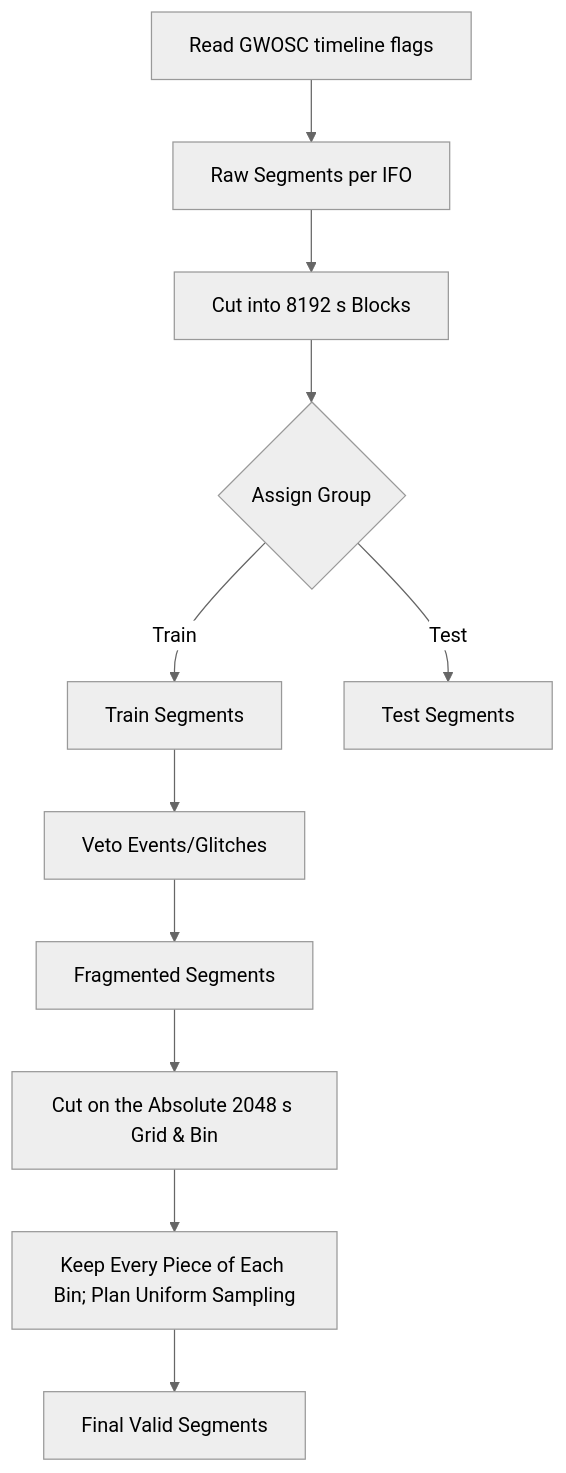
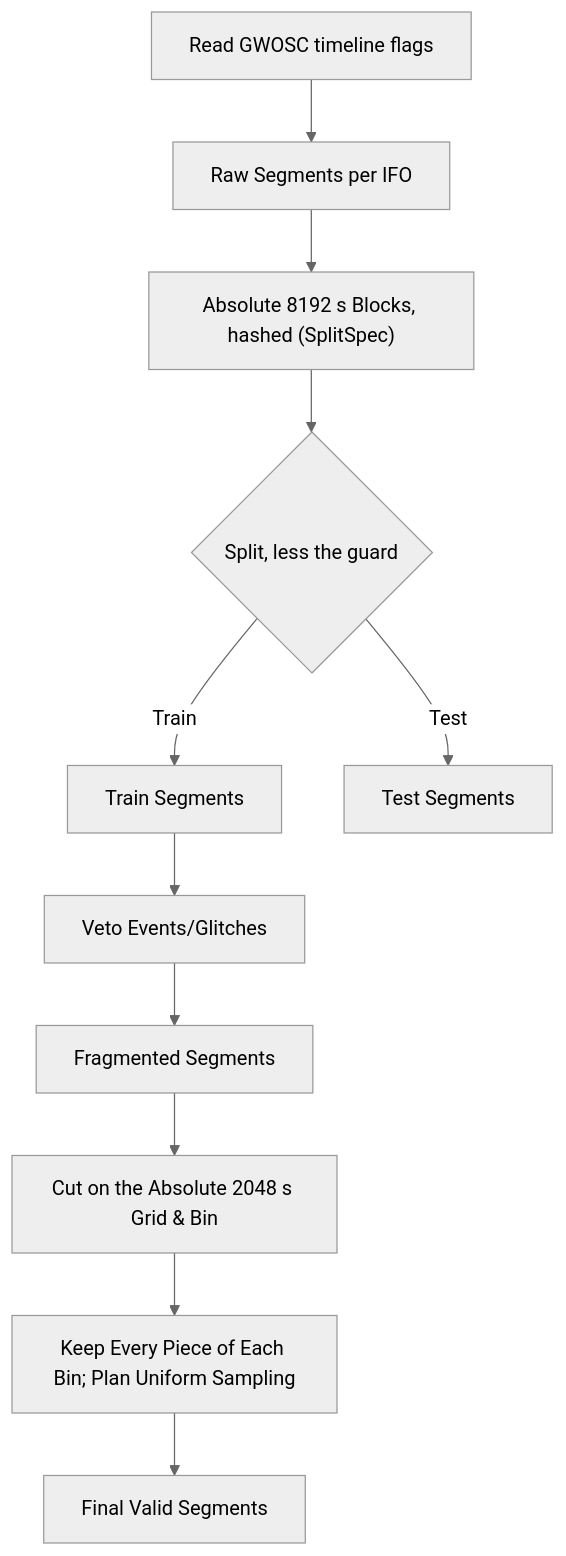
One commit to mrknorman/gravyflow changed the diagram in docs/acquisition.md. Above: the diagram before and after it, drawn with Mermaid (neutral theme). The commit also changed other lines of this file and 65 other files, not shown here.

First line of the commit message:
Split time by one absolute SplitSpec; keep detectors apart in random noise

````diff
--- a/docs/acquisition.md
+++ b/docs/acquisition.md
@@ -100,13 +93,13 @@
 ```mermaid
 graph TD
     A["Read GWOSC timeline flags"] --> B["Raw Segments per IFO"]
-    B --> C["Cut into 8192 s Blocks"]
-    C --> D{"Assign Group"}
+    B --> C["Absolute 8192 s Blocks, hashed (SplitSpec)"]
+    C --> D{"Split, less the guard"}
     D -- Train --> E["Train Segments"]
     D -- Test --> F["Test Segments"]
     E --> G["Veto Events/Glitches"]
     G --> H["Fragmented Segments"]
     H --> I["Cut on the Absolute 2048 s Grid & Bin"]
     I --> J["Keep Every Piece of Each Bin; Plan Uniform Sampling"]
     J --> K["Final Valid Segments"]
 ```
````
